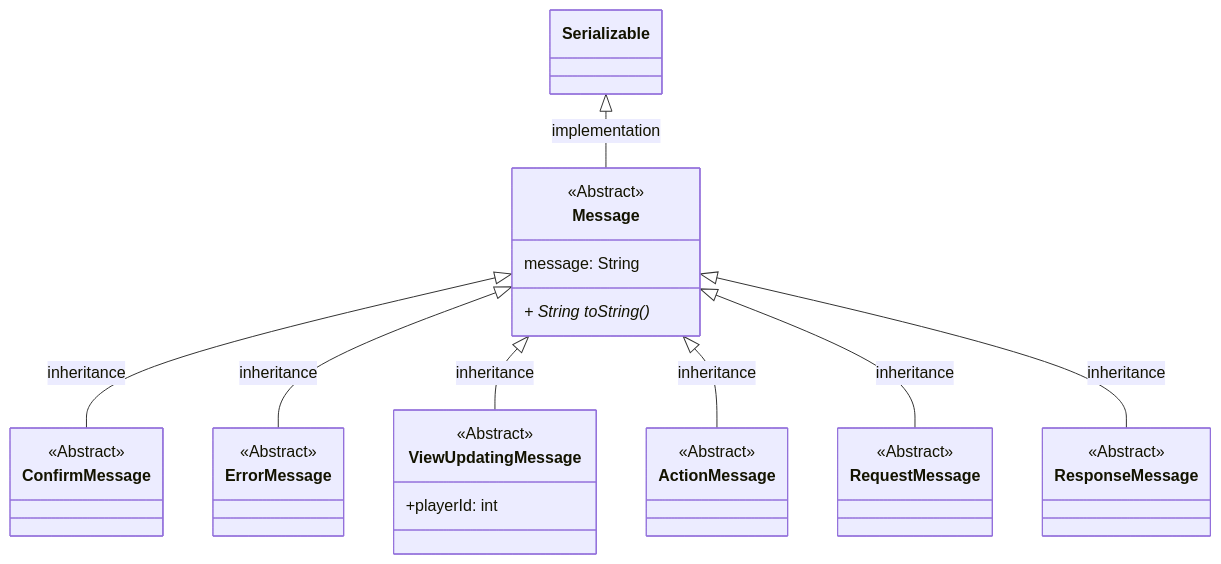
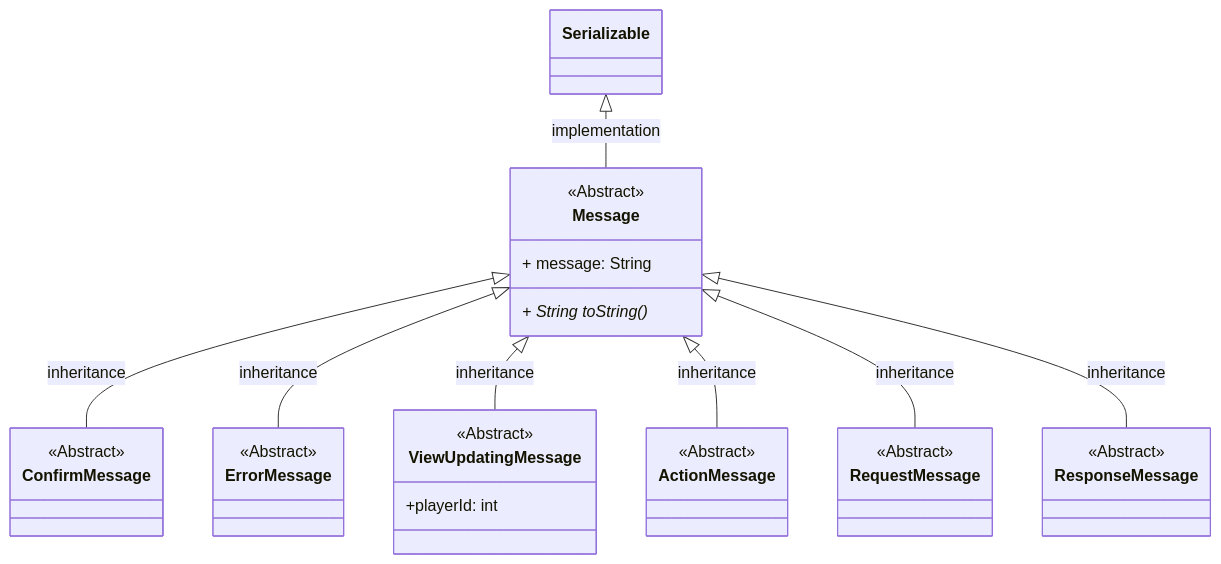
Before and after one commit to frephs/IS24-AM21: the first of 6 diagrams in documentation_wip/messages.md, drawn with Mermaid.

Commit message:
fix: add visibility for all message attributes

````diff
--- a/documentation_wip/messages.md
+++ b/documentation_wip/messages.md
@@ -13,59 +13,59 @@
 ```mermaid
 classDiagram
  Serializable <|-- Message : implementation
 
     %% SERVER MESSAFES    
 
 
     class Message {
         <<Abstract>>
-        message: String    
+        + message: String    
         + String toString()*
     }
 
 
     class ConfirmMessage {
         <<Abstract>> 
     }
     Message <|-- ConfirmMessage : inheritance
     
 
     class ErrorMessage {
         <<Abstract>> 
     }
 
     Message <|-- ErrorMessage : inheritance
     
 
     class ViewUpdatingMessage{
         <<Abstract>>
         +playerId: int
     }
 
     Message <|-- ViewUpdatingMessage : inheritance
 
     
 
     class ActionMessage {
         <<Abstract>> 
     }
 
     class RequestMessage {
         <<Abstract>> 
     }
 
     class ResponseMessage {
         <<Abstract>> 
     }
     
 
     
 
     %% CLIENT MESSAGES
 
     Message <|-- ActionMessage : inheritance
     Message <|-- RequestMessage : inheritance
     Message <|-- ResponseMessage : inheritance
     
 
 ```
````
